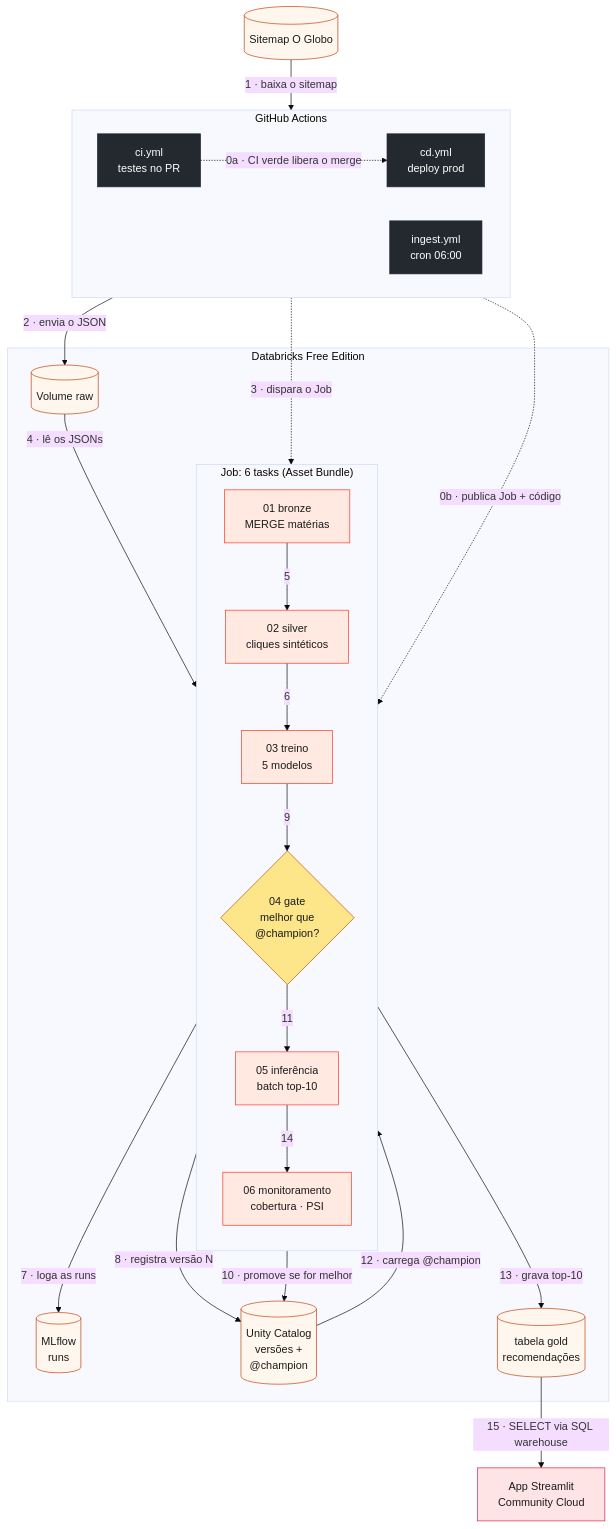
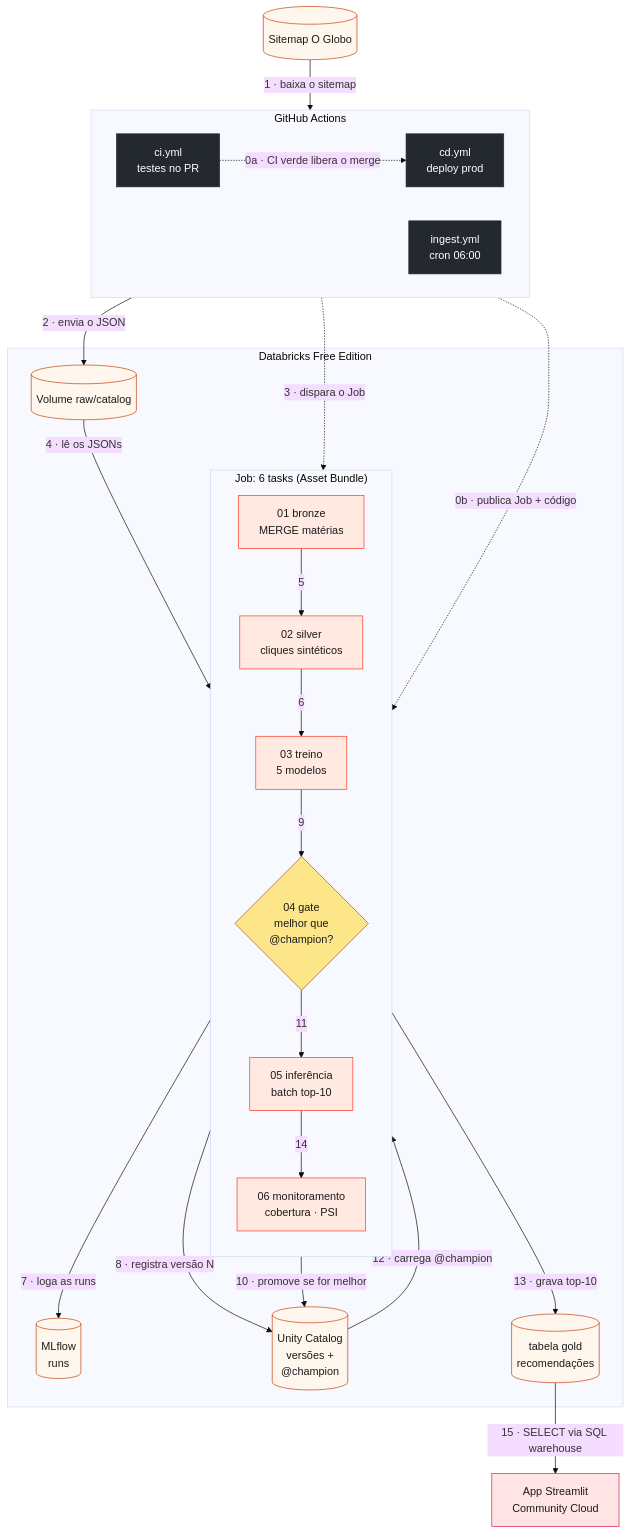
One commit to will3g/news-recsys-databricks changed the first of 4 diagrams in docs/ARQUITETURA_MERMAID.md. Above: the diagram before and after it, drawn with Mermaid (base theme). The commit also changed 4 other files, not shown here.

````diff
--- a/docs/ARQUITETURA_MERMAID.md
+++ b/docs/ARQUITETURA_MERMAID.md
@@ -14,61 +14,61 @@
 ```mermaid
 flowchart TB
     SM[("Sitemap O Globo")]
 
     subgraph GH["GitHub Actions"]
         direction LR
         CI["ci.yml<br/>testes no PR"]
         CD["cd.yml<br/>deploy prod"]
         ING["ingest.yml<br/>cron 06:00"]
     end
 
     subgraph DBX["Databricks Free Edition"]
-        VOL[("Volume raw")]
+        VOL[("Volume raw/catalog")]
         subgraph JOB["Job: 6 tasks (Asset Bundle)"]
             direction TB
             T1["01 bronze<br/>MERGE matérias"]
             T2["02 silver<br/>cliques sintéticos"]
             T3["03 treino<br/>5 modelos"]
             T4{"04 gate<br/>melhor que<br/>@champion?"}
             T5["05 inferência<br/>batch top-10"]
             T6["06 monitoramento<br/>cobertura · PSI"]
         end
         MLF[("MLflow<br/>runs")]
         UC[("Unity Catalog<br/>versões +<br/>@champion")]
         GOLD[("tabela gold<br/>recomendações")]
     end
 
     APP["App Streamlit<br/>Community Cloud"]
 
     %% Passo 0: acontece a cada merge na main, não todo dia
     CI -. "0a · CI verde libera o merge" .-> CD
     CD -. "0b · publica Job + código" .-> JOB
 
     %% Passos 1 a 15: o ciclo diário
     SM -- "1 · baixa o sitemap" --> ING
     ING -- "2 · envia o JSON" --> VOL
     ING -. "3 · dispara o Job" .-> T1
     VOL -- "4 · lê os JSONs" --> T1
     T1 -- "5" --> T2
     T2 -- "6" --> T3
     T3 -- "7 · loga as runs" --> MLF
     T3 -- "8 · registra versão N" --> UC
     T3 -- "9" --> T4
     T4 -- "10 · promove se for melhor" --> UC
     T4 -- "11" --> T5
     UC -- "12 · carrega @champion" --> T5
     T5 -- "13 · grava top-10" --> GOLD
     T5 -- "14" --> T6
     GOLD -- "15 · SELECT via SQL warehouse" --> APP
 
     classDef github fill:#24292f,stroke:#24292f,color:#ffffff
     classDef dbx fill:#ffe9e0,stroke:#ff3621,color:#1b1b1b
     classDef store fill:#fff7ed,stroke:#c2410c,color:#1b1b1b
     classDef app fill:#ffe4e6,stroke:#e11d48,color:#1b1b1b
     classDef gate fill:#fde68a,stroke:#b45309,color:#1b1b1b
     class ING,CI,CD github
     class T1,T2,T3,T5,T6 dbx
     class T4 gate
     class VOL,MLF,UC,GOLD,SM store
     class APP app
 ```
````
